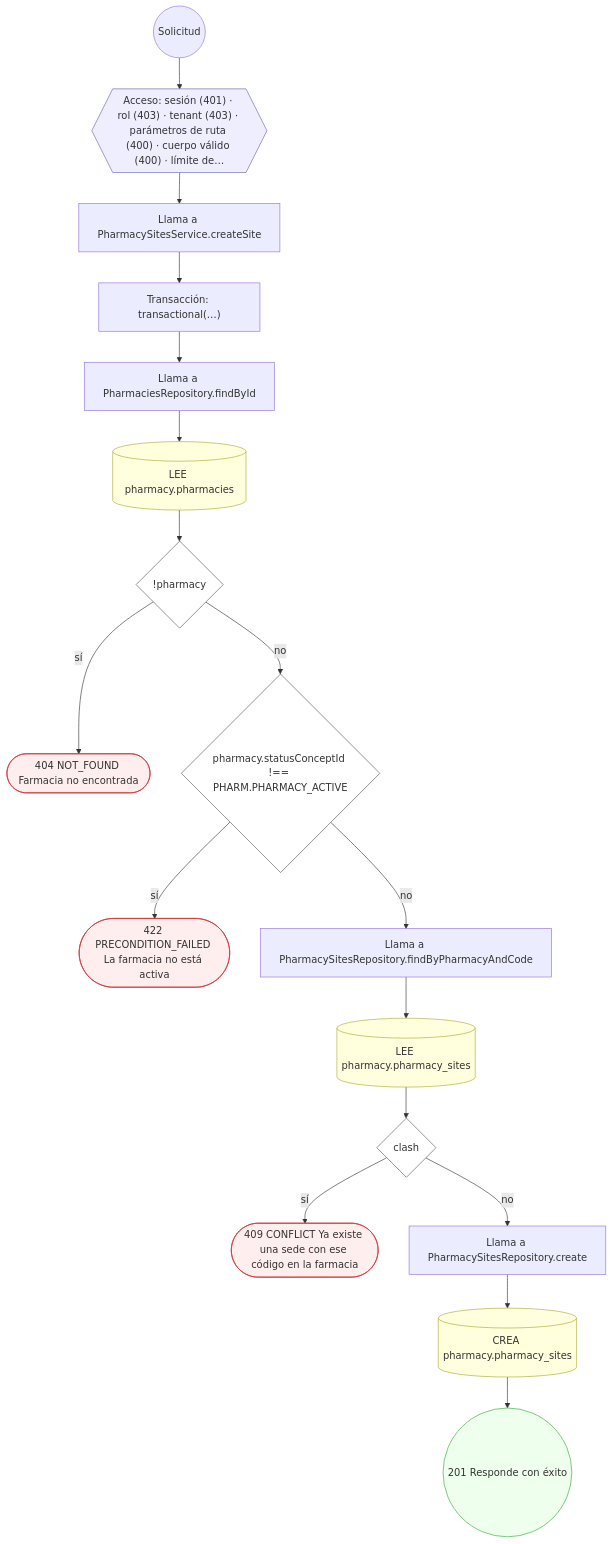
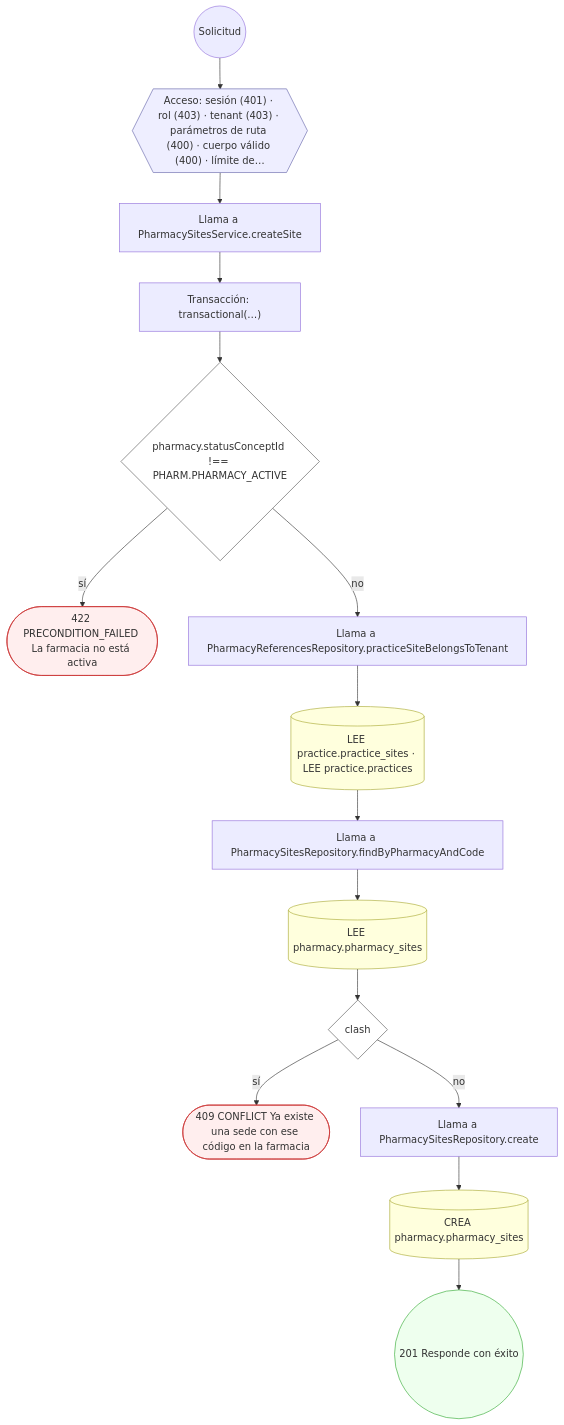
Before and after one commit to mdavila-2001/mantra-core-health-api: diagram 15 of 21 in docs/inventario/flujos/pharmacy.md, drawn with Mermaid. The commit also changed other lines of this file and 438 other files, not shown here.

````diff
--- a/docs/inventario/flujos/pharmacy.md
+++ b/docs/inventario/flujos/pharmacy.md
@@ -1122,42 +1088,38 @@
 ```mermaid
 flowchart TD
   n1(("Solicitud")):::inicio
   n2{{"Acceso: sesión (401) · rol (403) · tenant (403) · parámetros de ruta (400) · cuerpo válido (400) · límite de…"}}:::acceso
   n1 --> n2
   n3["Llama a PharmacySitesService.createSite"]:::llamada
   n2 --> n3
   n4["Transacción: transactional(…)"]:::transaccion
   n3 --> n4
-  n5["Llama a PharmaciesRepository.findById"]:::llamada
+  n5{"pharmacy.statusConceptId !== PHARM.PHARMACY_ACTIVE"}:::decision
   n4 --> n5
-  n6[("LEE pharmacy.pharmacies")]:::efecto
-  n5 --> n6
-  n7{"!pharmacy"}:::decision
-  n6 --> n7
-  n8(["404 NOT_FOUND Farmacia no encontrada"]):::error
-  n7 -->|"sí"| n8
-  n9{"pharmacy.statusConceptId !== PHARM.PHARMACY_ACTIVE"}:::decision
-  n7 -->|"no"| n9
-  n10(["422 PRECONDITION_FAILED La farmacia no está activa"]):::error
-  n9 -->|"sí"| n10
-  n11["Llama a PharmacySitesRepository.findByPharmacyAndCode"]:::llamada
-  n9 -->|"no"| n11
-  n12[("LEE pharmacy.pharmacy_sites")]:::efecto
-  n11 --> n12
-  n13{"clash"}:::decision
-  n12 --> n13
-  n14(["409 CONFLICT Ya existe una sede con ese código en la farmacia"]):::error
-  n13 -->|"sí"| n14
-  n15["Llama a PharmacySitesRepository.create"]:::llamada
-  n13 -->|"no"| n15
-  n16[("CREA pharmacy.pharmacy_sites")]:::efecto
-  n15 --> n16
-  n17(("201 Responde con éxito")):::ok
-  n16 --> n17
+  n6(["422 PRECONDITION_FAILED La farmacia no está activa"]):::error
+  n5 -->|"sí"| n6
+  n7["Llama a PharmacyReferencesRepository.practiceSiteBelongsToTenant"]:::llamada
+  n5 -->|"no"| n7
+  n8[("LEE practice.practice_sites · LEE practice.practices")]:::efecto
+  n7 --> n8
+  n9["Llama a PharmacySitesRepository.findByPharmacyAndCode"]:::llamada
+  n8 --> n9
+  n10[("LEE pharmacy.pharmacy_sites")]:::efecto
+  n9 --> n10
+  n11{"clash"}:::decision
+  n10 --> n11
+  n12(["409 CONFLICT Ya existe una sede con ese código en la farmacia"]):::error
+  n11 -->|"sí"| n12
+  n13["Llama a PharmacySitesRepository.create"]:::llamada
+  n11 -->|"no"| n13
+  n14[("CREA pharmacy.pharmacy_sites")]:::efecto
+  n13 --> n14
+  n15(("201 Responde con éxito")):::ok
+  n14 --> n15
   classDef acceso fill:#eef,stroke:#66a
   classDef error fill:#fee,stroke:#c33
   classDef ok fill:#efe,stroke:#3a3
   classDef efecto fill:#ffd,stroke:#aa3
   classDef decision fill:#fff,stroke:#555
   classDef corte fill:#eee,stroke:#999,stroke-dasharray: 4
 ```
````
